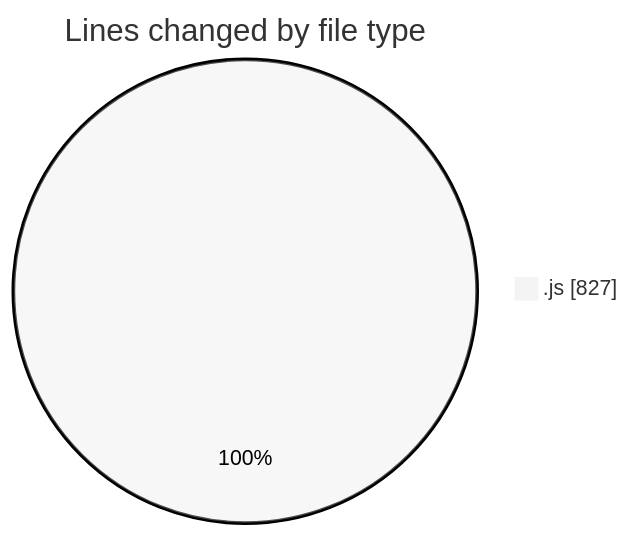
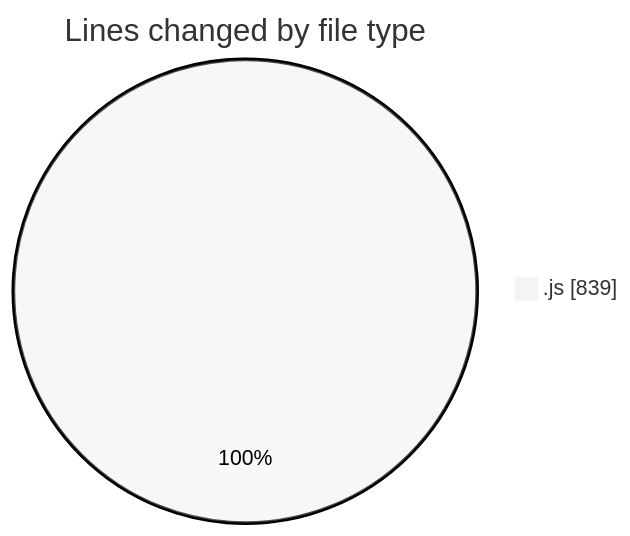
One commit to nxtqubesakshisongat/code-tracking changed the first of 2 diagrams in 2025-12-29/nxtqube_webapp/README.md. Above: the diagram before and after it, drawn with Mermaid (neutral theme). The commit also changed other lines of this file and 1 other file, not shown here.

````diff
--- a/2025-12-29/nxtqube_webapp/README.md
+++ b/2025-12-29/nxtqube_webapp/README.md
@@ -20,5 +20,5 @@
 ```mermaid
 pie showData
 title Lines changed by file type
-".js" : 827
+".js" : 839
 ```
````
